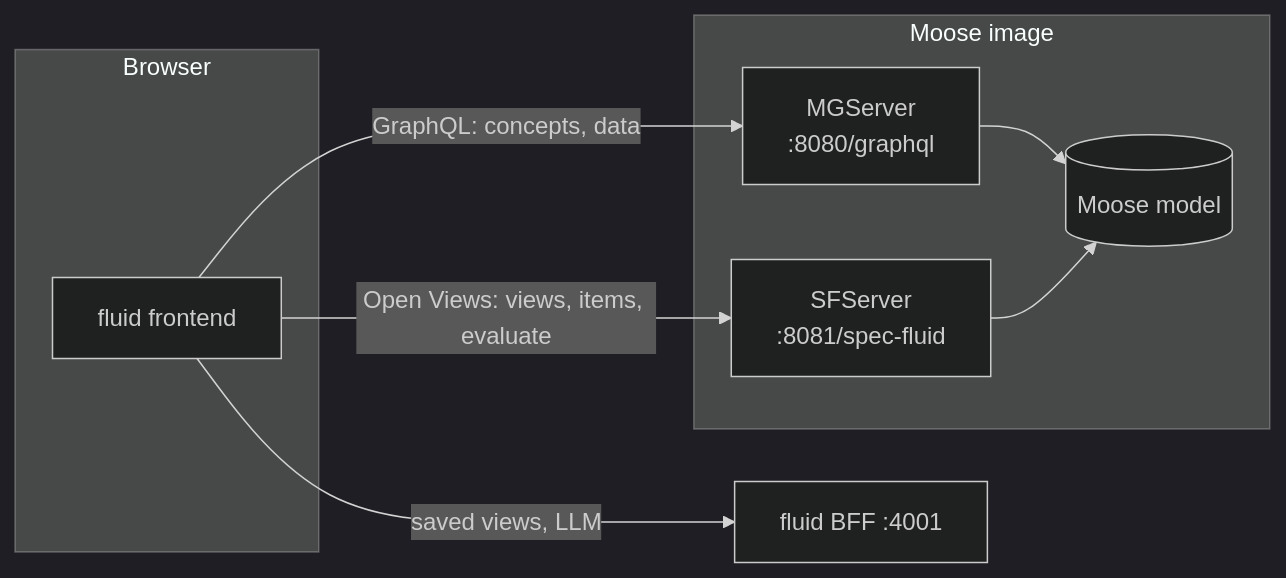
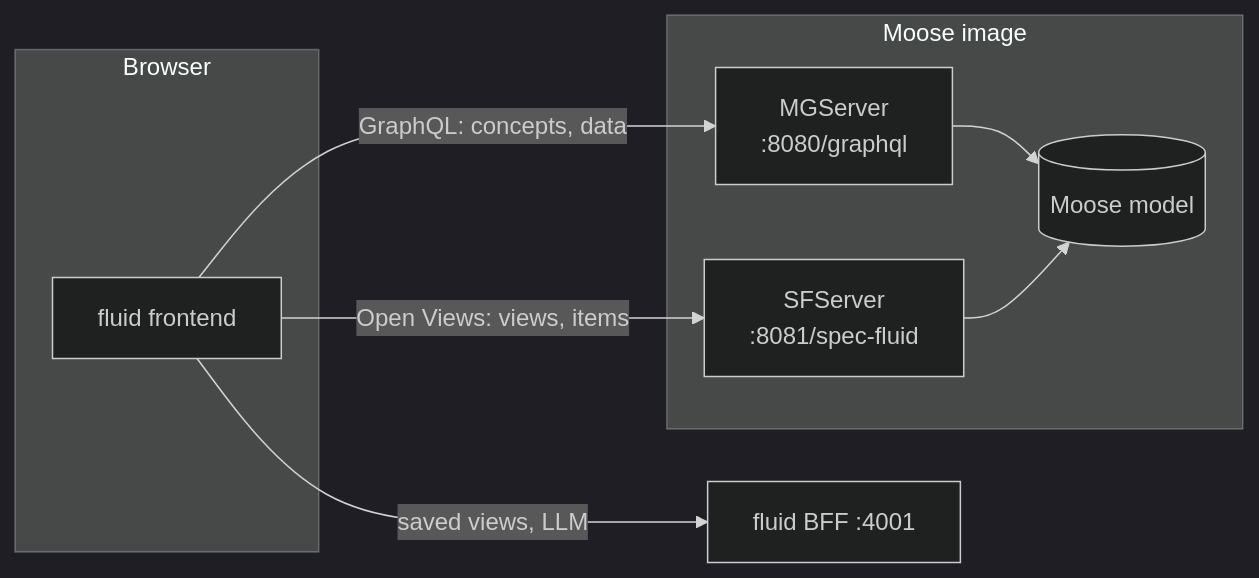
Before and after one commit to badetitou/fluid: the diagram in docs/guides/moose-spec-fluid.md, drawn with Mermaid (dark theme). The commit also changed other lines of this file and 3 other files, not shown here.

First line of the commit message:
Align the Open Views docs with the removal of the Spec-Fluid builtin (#48)

````diff
--- a/docs/guides/moose-spec-fluid.md
+++ b/docs/guides/moose-spec-fluid.md
@@ -26,16 +25,16 @@
 ```mermaid
 flowchart LR
     subgraph Browser
       F[fluid frontend]
     end
     subgraph Pharo["Moose image"]
       MG["MGServer<br/>:8080/graphql"]
       SF["SFServer<br/>:8081/spec-fluid"]
       M[(Moose model)]
       MG --> M
       SF --> M
     end
     F -->|GraphQL: concepts, data| MG
-    F -->|Open Views: views, items, evaluate| SF
+    F -->|Open Views: views, items| SF
     F -->|saved views, LLM| B[fluid BFF :4001]
 ```
````
